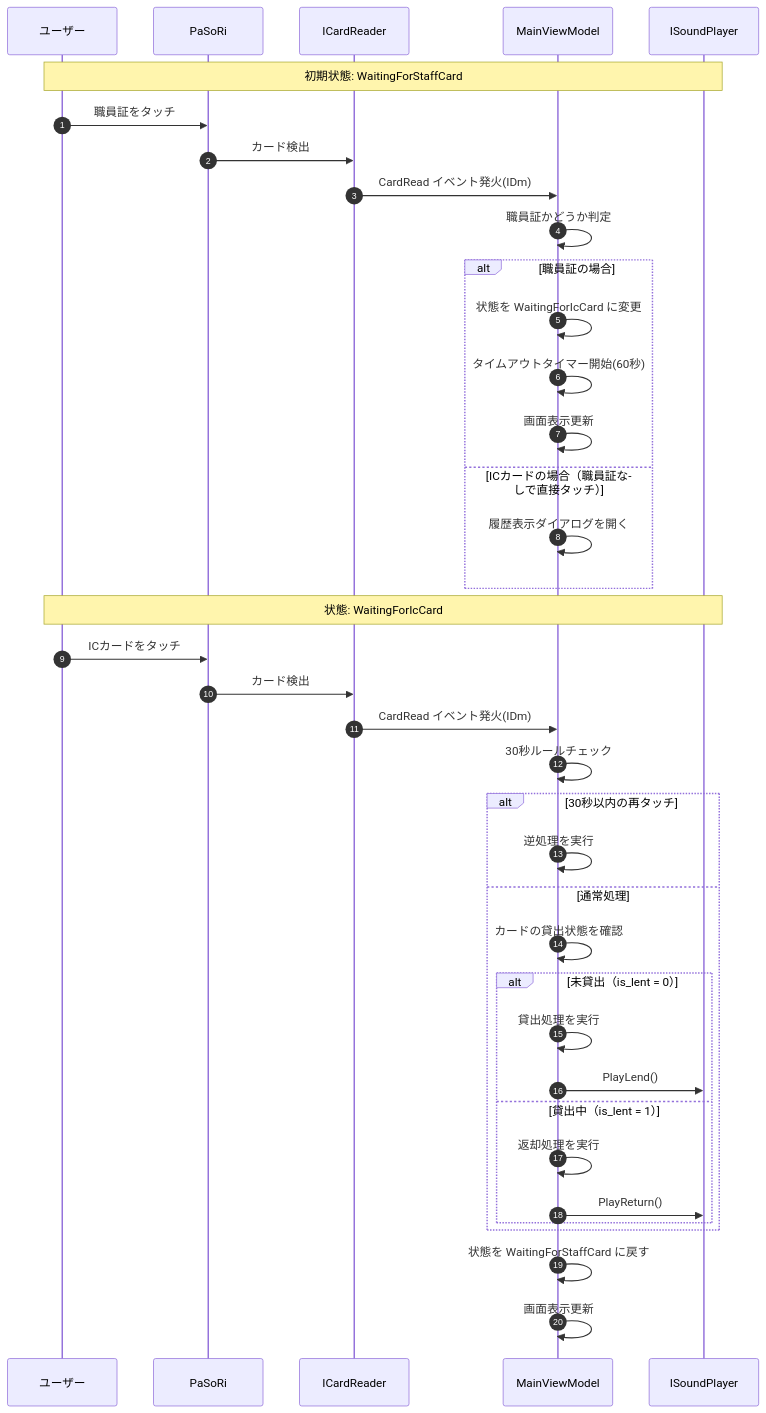
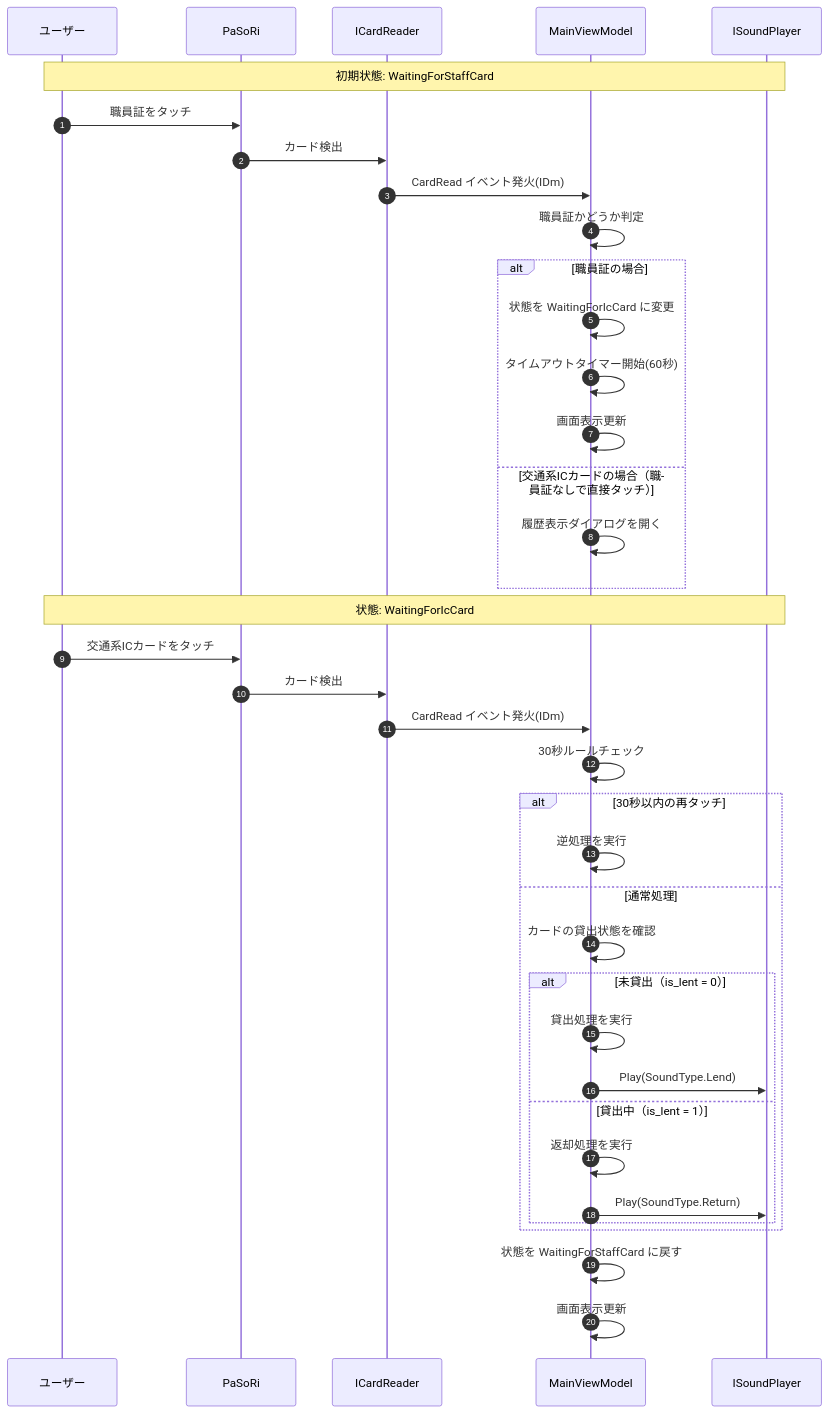
Before and after one commit to kuwayamamasayuki/ICCardManager: the first of 14 diagrams in ICCardManager/docs/design/06_シーケンス図.md, drawn with Mermaid. The commit also changed other lines of this file, not shown here.

First line of the commit message:
docs: 06_シーケンス図を実装へ整合（サウンドAPI・バックアップ手段・用語）（ドリフト監査 D1/D9） (#1644)

````diff
--- a/ICCardManager/docs/design/06_シーケンス図.md
+++ b/ICCardManager/docs/design/06_シーケンス図.md
@@ -45,47 +45,47 @@
 ```mermaid
 sequenceDiagram
     autonumber
     participant User as ユーザー
     participant PaSoRi as PaSoRi
     participant Reader as ICardReader
     participant VM as MainViewModel
     participant Sound as ISoundPlayer
 
     Note over User,Sound: 初期状態: WaitingForStaffCard
 
     User->>PaSoRi: 職員証をタッチ
     PaSoRi->>Reader: カード検出
     Reader->>VM: CardRead イベント発火(IDm)
 
     VM->>VM: 職員証かどうか判定
     alt 職員証の場合
         VM->>VM: 状態を WaitingForIcCard に変更
         VM->>VM: タイムアウトタイマー開始(60秒)
         VM->>VM: 画面表示更新
-    else ICカードの場合（職員証なしで直接タッチ）
+    else 交通系ICカードの場合（職員証なしで直接タッチ）
         VM->>VM: 履歴表示ダイアログを開く
     end
 
     Note over User,Sound: 状態: WaitingForIcCard
 
-    User->>PaSoRi: ICカードをタッチ
+    User->>PaSoRi: 交通系ICカードをタッチ
     PaSoRi->>Reader: カード検出
     Reader->>VM: CardRead イベント発火(IDm)
 
     VM->>VM: 30秒ルールチェック
     alt 30秒以内の再タッチ
         VM->>VM: 逆処理を実行
     else 通常処理
         VM->>VM: カードの貸出状態を確認
         alt 未貸出（is_lent = 0）
             VM->>VM: 貸出処理を実行
-            VM->>Sound: PlayLend()
+            VM->>Sound: Play(SoundType.Lend)
         else 貸出中（is_lent = 1）
             VM->>VM: 返却処理を実行
-            VM->>Sound: PlayReturn()
+            VM->>Sound: Play(SoundType.Return)
         end
     end
 
     VM->>VM: 状態を WaitingForStaffCard に戻す
     VM->>VM: 画面表示更新
 ```
````
